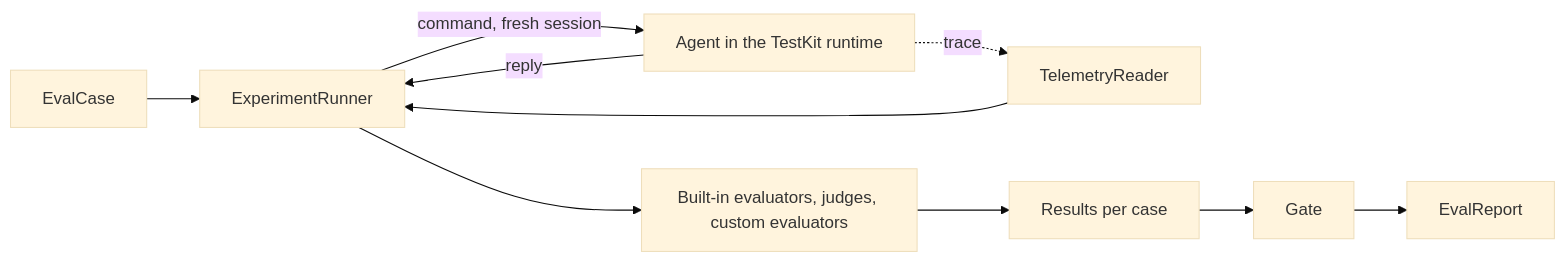
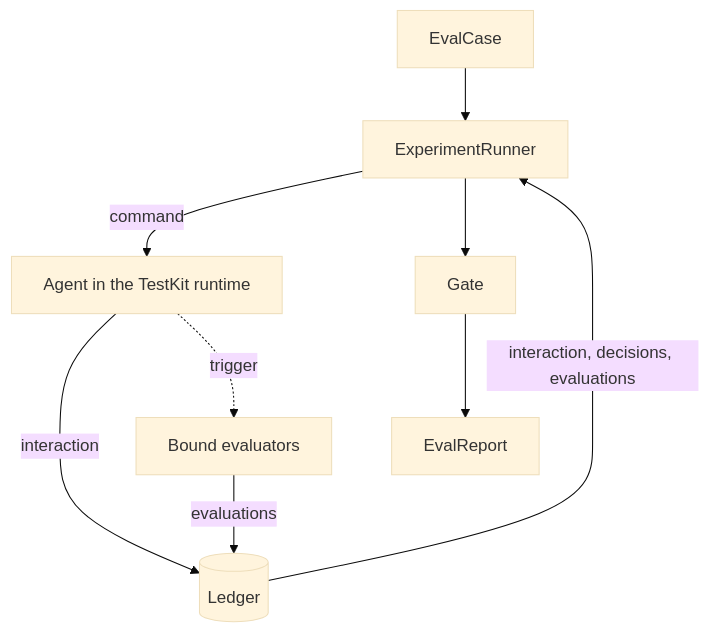
One commit to akka/akka-sdk changed the diagram in docs/src/modules/testing/pages/evaluation/index.adoc. Above: the diagram before and after it, drawn with Mermaid (base theme). The commit also changed other lines of this file and 33 other files, not shown here.

```diff
--- a/docs/src/modules/testing/pages/evaluation/index.adoc
+++ b/docs/src/modules/testing/pages/evaluation/index.adoc
@@ -43,13 +44,11 @@
 [mermaid]
 ----
-flowchart LR
+flowchart TB
     Case[EvalCase] --> Runner[ExperimentRunner]
-    Runner -->|command, fresh session| Agent[Agent in the TestKit runtime]
-    Agent -->|reply| Runner
-    Agent -.->|trace| Telemetry[TelemetryReader]
-    Telemetry --> Runner
-    Runner --> Evaluators[Built-in evaluators, judges, custom evaluators]
-    Evaluators --> Results[Results per case]
-    Results --> Gate
-    Gate --> Report[EvalReport]
+    Runner -->|command| Agent[Agent in the TestKit runtime]
+    Agent -->|interaction| Ledger[(Ledger)]
+    Agent -.->|trigger| Evaluators[Bound evaluators]
+    Evaluators -->|evaluations| Ledger
+    Ledger -->|interaction, decisions, evaluations| Runner
+    Runner --> Gate --> Report[EvalReport]
 ----
```
